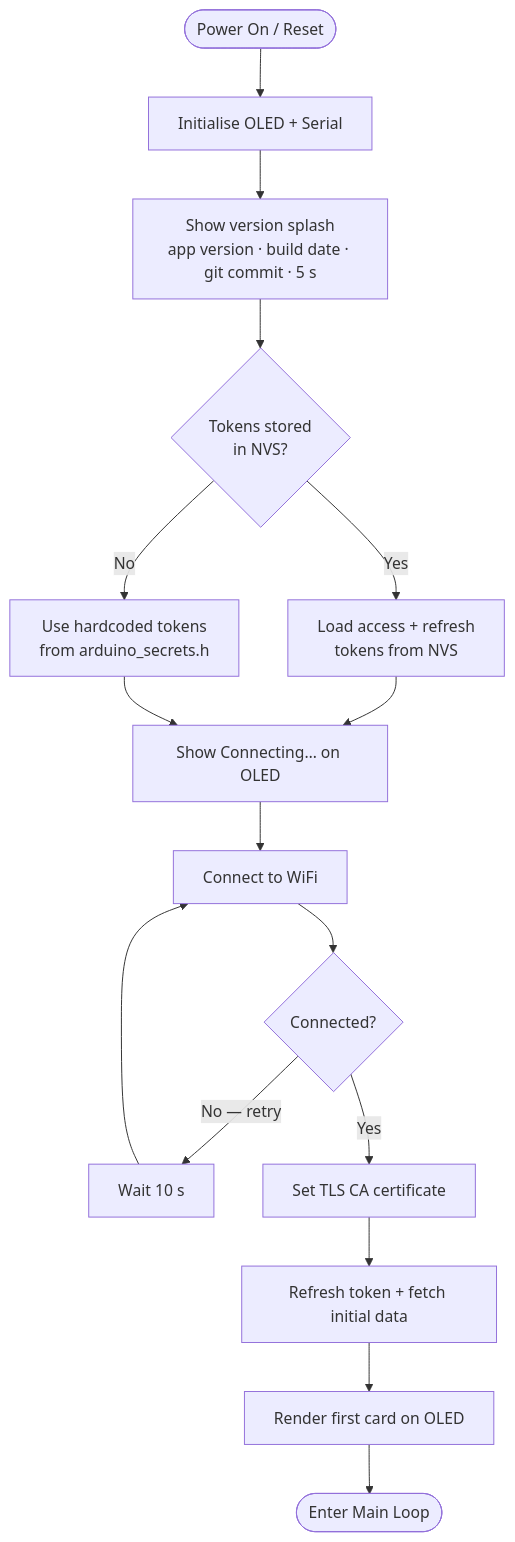
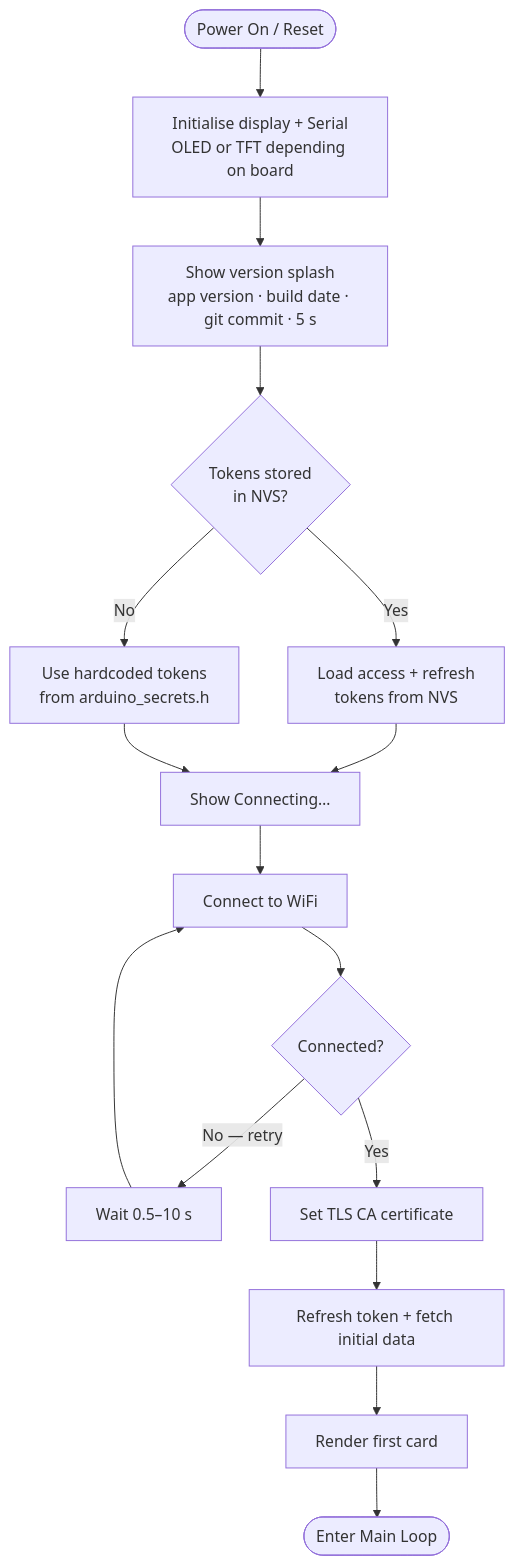
The sixth of 8 diagrams in README.md (vcchstrandberg/netatmo-weather-api), drawn with Mermaid before and after one commit. The commit also changed other lines of this file and 1 other file, not shown here.

````diff
--- a/README.md
+++ b/README.md
@@ -215,18 +215,18 @@
 ```mermaid
 flowchart TD
-    A([Power On / Reset]) --> B[Initialise OLED + Serial]
+    A([Power On / Reset]) --> B[Initialise display + Serial\nOLED or TFT depending on board]
     B --> S[Show version splash\napp version · build date · git commit · 5 s]
     S --> C{Tokens stored\nin NVS?}
     C -->|Yes| D[Load access + refresh\ntokens from NVS]
     C -->|No| E[Use hardcoded tokens\nfrom arduino_secrets.h]
-    D --> F[Show Connecting… on OLED]
+    D --> F[Show Connecting…]
     E --> F
     F --> G[Connect to WiFi]
     G --> H{Connected?}
-    H -->|No — retry| I[Wait 10 s]
+    H -->|No — retry| I[Wait 0.5–10 s]
     I --> G
     H -->|Yes| J[Set TLS CA certificate]
     J --> K[Refresh token + fetch initial data]
-    K --> L[Render first card on OLED]
+    K --> L[Render first card]
     L --> M([Enter Main Loop])
 ```
````
